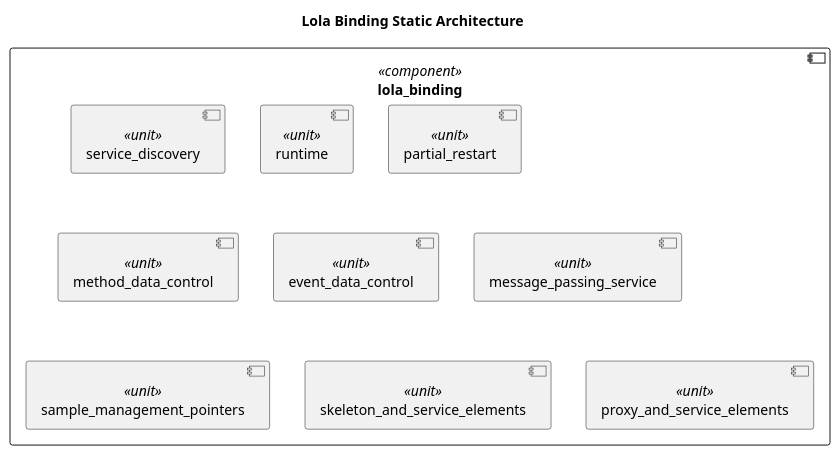
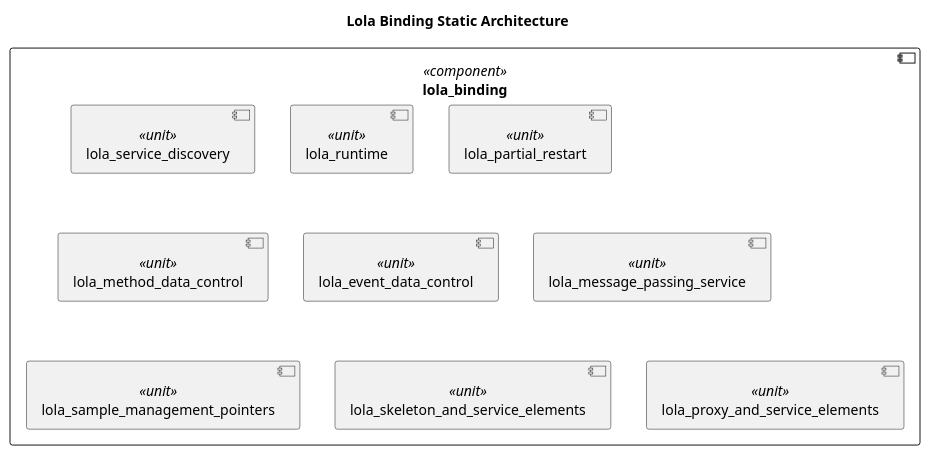
One commit to eclipse-score/communication changed the diagram in score/mw/com/dependability/architectural_design/static_design/lola_binding.puml. Above: the diagram before and after it, drawn with PlantUML. The commit also changed 10 other files, not shown here.

```diff
--- a/score/mw/com/dependability/architectural_design/static_design/lola_binding.puml
+++ b/score/mw/com/dependability/architectural_design/static_design/lola_binding.puml
@@ -13,18 +13,18 @@
 @startuml safety_sentinel_lola_binding_design
 title "Lola Binding Static Architecture"
 
 component lola_binding <<component>> {
-  component service_discovery <<unit>> 
-  component runtime <<unit>> 
-  component partial_restart <<unit>>
-  component method_data_control <<unit>> 
-  component event_data_control <<unit>> 
-  component message_passing_service <<unit>> 
-  component sample_management_pointers <<unit>>
+  component lola_service_discovery <<unit>> 
+  component lola_runtime <<unit>> 
+  component lola_partial_restart <<unit>>
+  component lola_method_data_control <<unit>> 
+  component lola_event_data_control <<unit>> 
+  component lola_message_passing_service <<unit>> 
+  component lola_sample_management_pointers <<unit>>
 
-  component skeleton_and_service_elements <<unit>> 
+  component lola_skeleton_and_service_elements <<unit>> 
   
-  component proxy_and_service_elements <<unit>> 
+  component lola_proxy_and_service_elements <<unit>> 
 }
 
 @enduml
```
